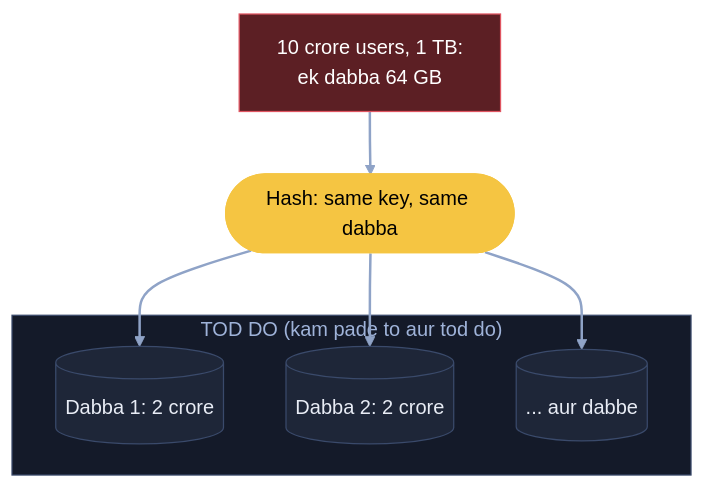
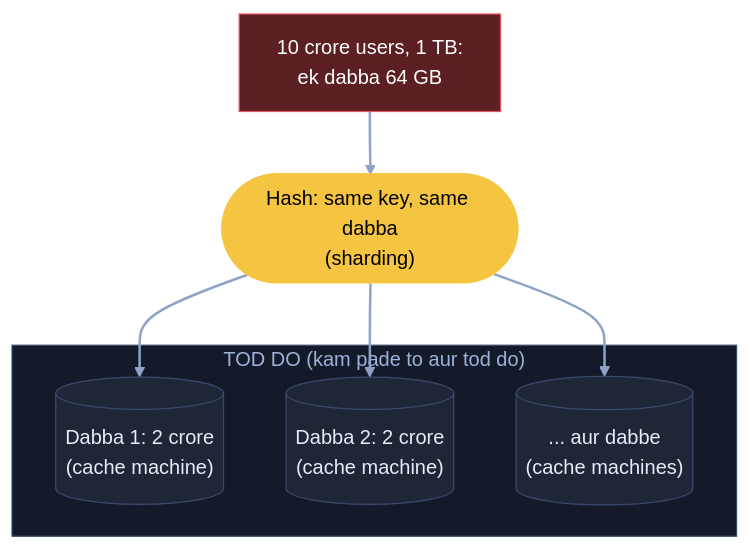
Before and after one commit to ArpanMaheshwari144/Prep: the third of 7 diagrams in 04_HLD/SYSTEM_DESIGNS/10_distributed_cache/10_distributed_cache.md, drawn with Mermaid. The commit also changed other lines of this file and 20 other files, not shown here.

Commit message:
HLD main files: diagram me kahani shabd + bracket me asli naam (21 design, 182 label)

````diff
--- a/04_HLD/SYSTEM_DESIGNS/10_distributed_cache/10_distributed_cache.md
+++ b/04_HLD/SYSTEM_DESIGNS/10_distributed_cache/10_distributed_cache.md
@@ -124,20 +124,20 @@
 ```mermaid
 flowchart TB
     X["10 crore users, 1 TB:<br/>ek dabba 64 GB"]:::bad
-    H(["Hash: same key, same dabba"]):::pill
+    H(["Hash: same key, same dabba<br/>(sharding)"]):::pill
     subgraph TD["TOD DO (kam pade to aur tod do)"]
-        M1[("Dabba 1: 2 crore")]:::card
-        M2[("Dabba 2: 2 crore")]:::card
-        MN[("... aur dabbe")]:::card
+        M1[("Dabba 1: 2 crore<br/>(cache machine)")]:::card
+        M2[("Dabba 2: 2 crore<br/>(cache machine)")]:::card
+        MN[("... aur dabbe<br/>(cache machines)")]:::card
     end
     X --> H
     H --> M1
     H --> M2
     H --> MN
     linkStyle default stroke:#8fa3c7,stroke-width:2px
     classDef card fill:#1e2638,stroke:#3a4a6b,color:#e8ecf5
     classDef pill fill:#f5c542,stroke:#f5c542,color:#000
     classDef good fill:#2e7d4f,stroke:#3fbf6f,color:#fff
     classDef bad fill:#5c1f24,stroke:#e05561,color:#fff
     style TD fill:#141a29,stroke:#3a4a6b,color:#9fb3d9
 ```
````
